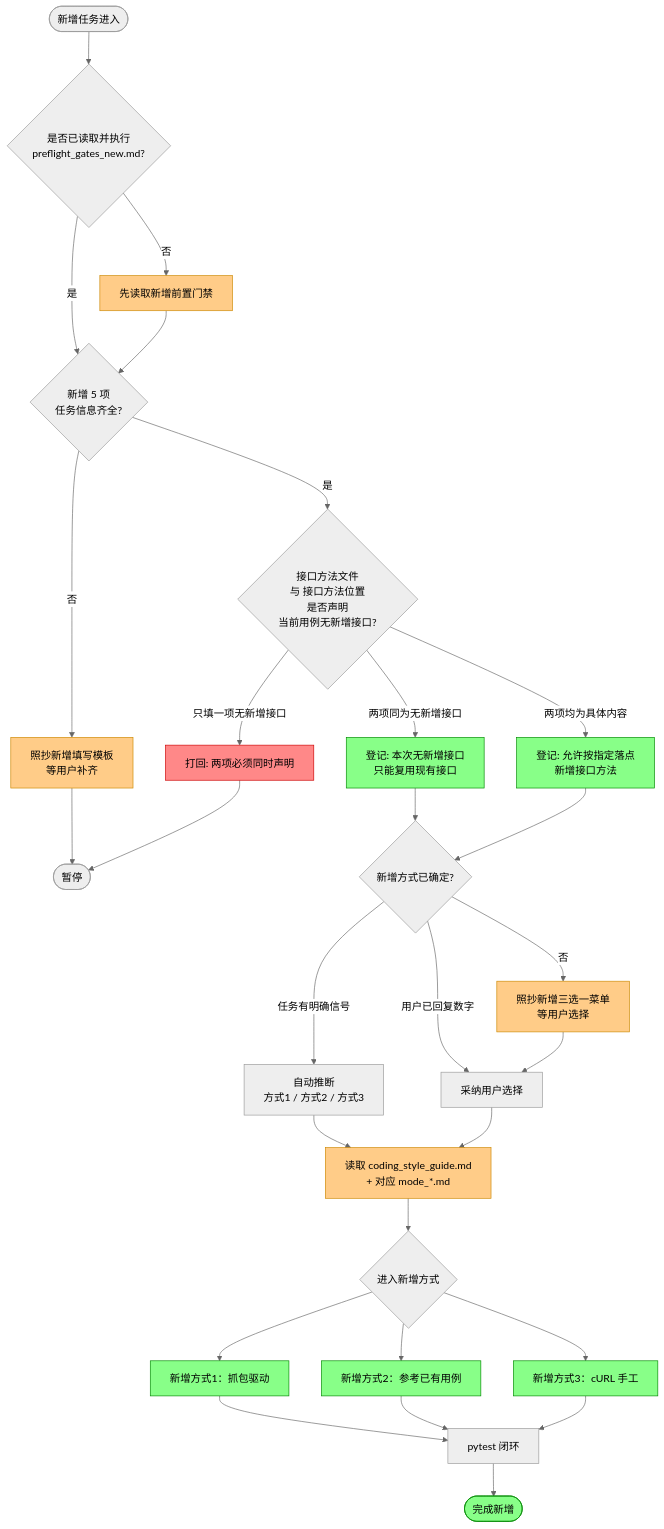
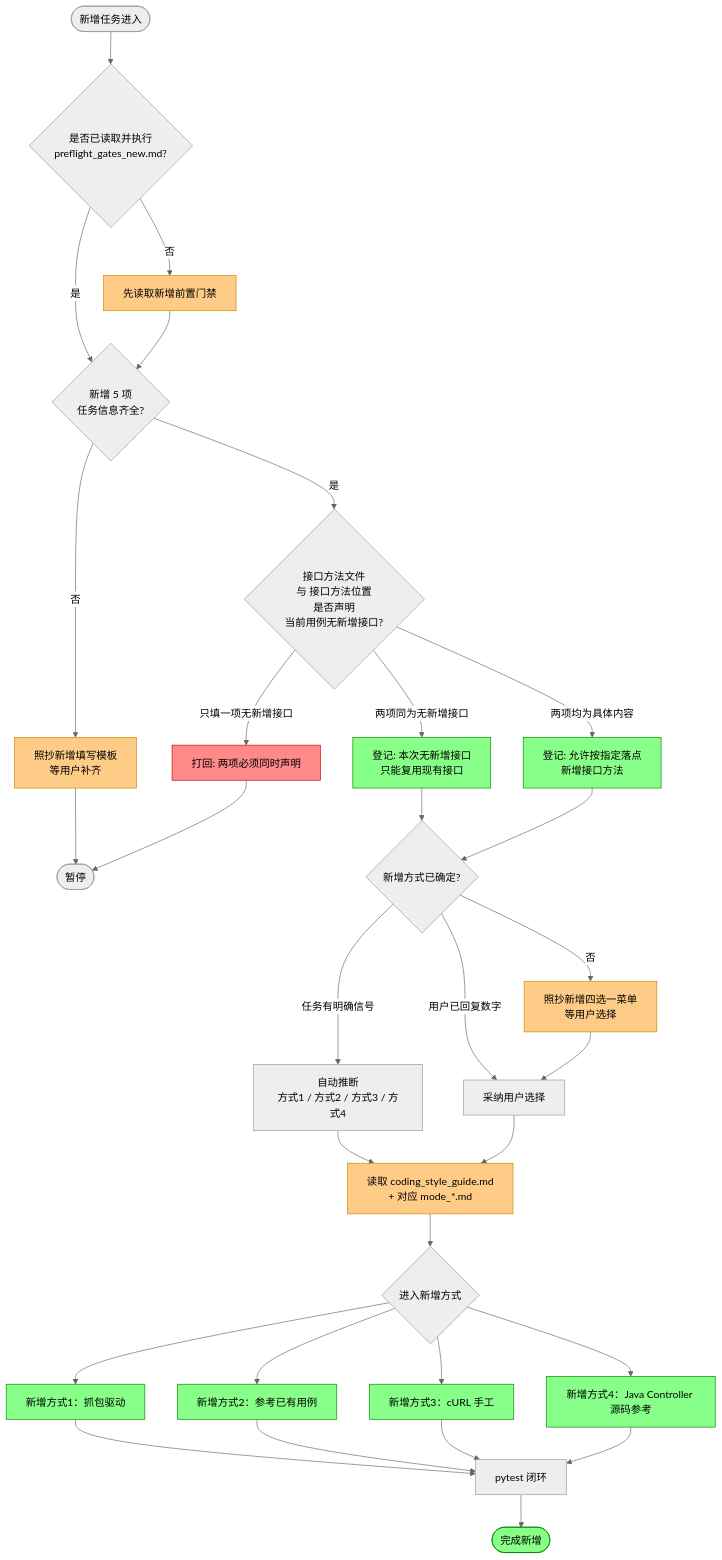
Before and after one commit to buer2233/ai-api-test-skill: the third of 14 diagrams in flow_chart/flow.md, drawn with Mermaid (neutral theme). The commit also changed other lines of this file and 24 other files, not shown here.

````diff
--- a/flow_chart/flow.md
+++ b/flow_chart/flow.md
@@ -145,42 +147,44 @@
 ```mermaid
 flowchart TD
     NStart([新增任务进入]) --> NeedGate{是否已读取并执行<br/>preflight_gates_new.md?}
     NeedGate -- 否 --> ReadGate[先读取新增前置门禁]
     NeedGate -- 是 --> Info
     ReadGate --> Info{新增 5 项<br/>任务信息齐全?}
 
     Info -- 否 --> AskInfo[照抄新增填写模板<br/>等用户补齐]
     AskInfo --> NStop([暂停])
     Info -- 是 --> ApiPair{"接口方法文件<br/>与 接口方法位置<br/>是否声明<br/>当前用例无新增接口?"}
 
     ApiPair -- "两项同为无新增接口" --> NoNew[登记: 本次无新增接口<br/>只能复用现有接口]
     ApiPair -- 两项均为具体内容 --> HasNew[登记: 允许按指定落点<br/>新增接口方法]
     ApiPair -- "只填一项无新增接口" --> RejectPair[打回: 两项必须同时声明]
     RejectPair --> NStop
 
     NoNew --> Mode{新增方式已确定?}
     HasNew --> Mode
-    Mode -- 任务有明确信号 --> AutoMode[自动推断<br/>方式1 / 方式2 / 方式3]
+    Mode -- 任务有明确信号 --> AutoMode[自动推断<br/>方式1 / 方式2 / 方式3 / 方式4]
     Mode -- 用户已回复数字 --> TakeMode[采纳用户选择]
-    Mode -- 否 --> AskMode[照抄新增三选一菜单<br/>等用户选择]
+    Mode -- 否 --> AskMode[照抄新增四选一菜单<br/>等用户选择]
     AskMode --> TakeMode
 
     AutoMode --> ReadDocs[读取 coding_style_guide.md<br/>+ 对应 mode_*.md]
     TakeMode --> ReadDocs
     ReadDocs --> Dispatch{进入新增方式}
     Dispatch --> N1[新增方式1：抓包驱动]
     Dispatch --> N2[新增方式2：参考已有用例]
     Dispatch --> N3[新增方式3：cURL 手工]
+    Dispatch --> N4[新增方式4：Java Controller 源码参考]
 
     N1 --> VerifyN[pytest 闭环]
     N2 --> VerifyN
     N3 --> VerifyN
+    N4 --> VerifyN
     VerifyN --> NEnd([完成新增])
 
     classDef nWait fill:#fc8,stroke:#c80,color:#000
     classDef nPass fill:#8f8,stroke:#080,color:#000
     classDef nReject fill:#f88,stroke:#c00,color:#000
     class ReadGate,AskInfo,AskMode,ReadDocs nWait
-    class NoNew,HasNew,N1,N2,N3,NEnd nPass
+    class NoNew,HasNew,N1,N2,N3,N4,NEnd nPass
     class RejectPair nReject
 ```
````
